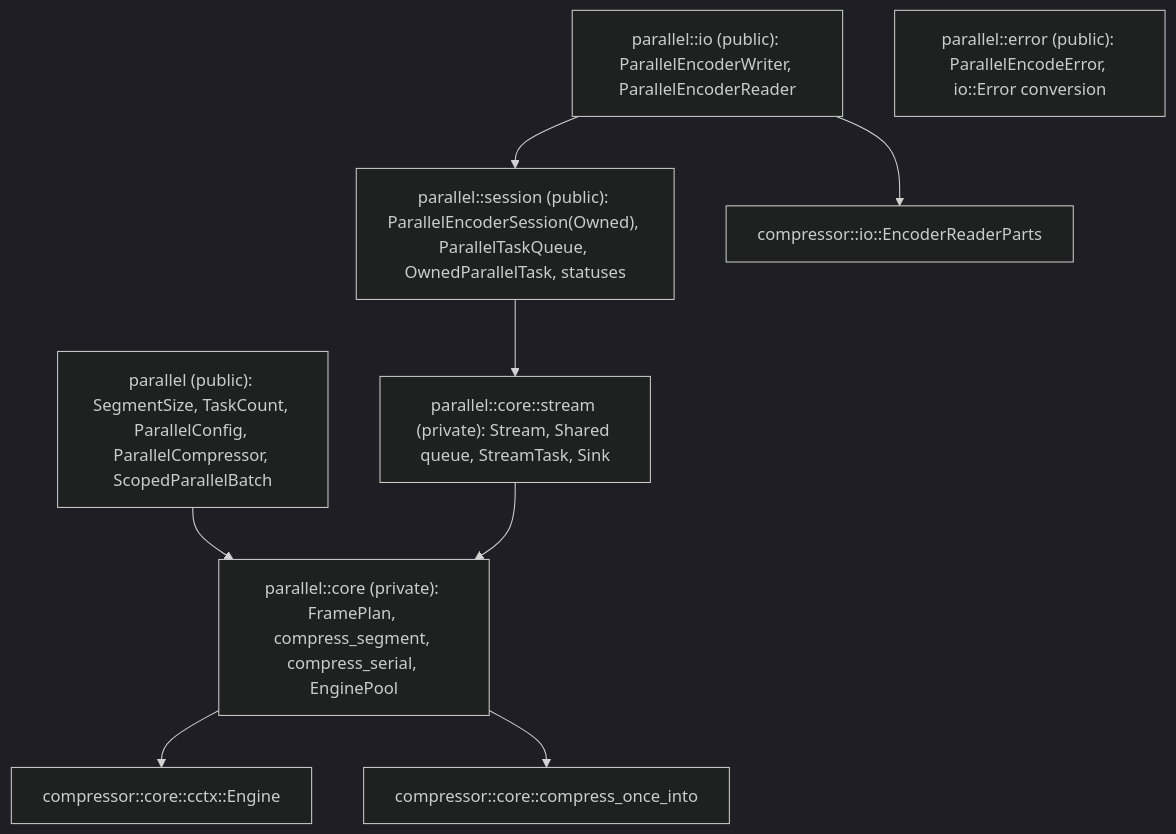
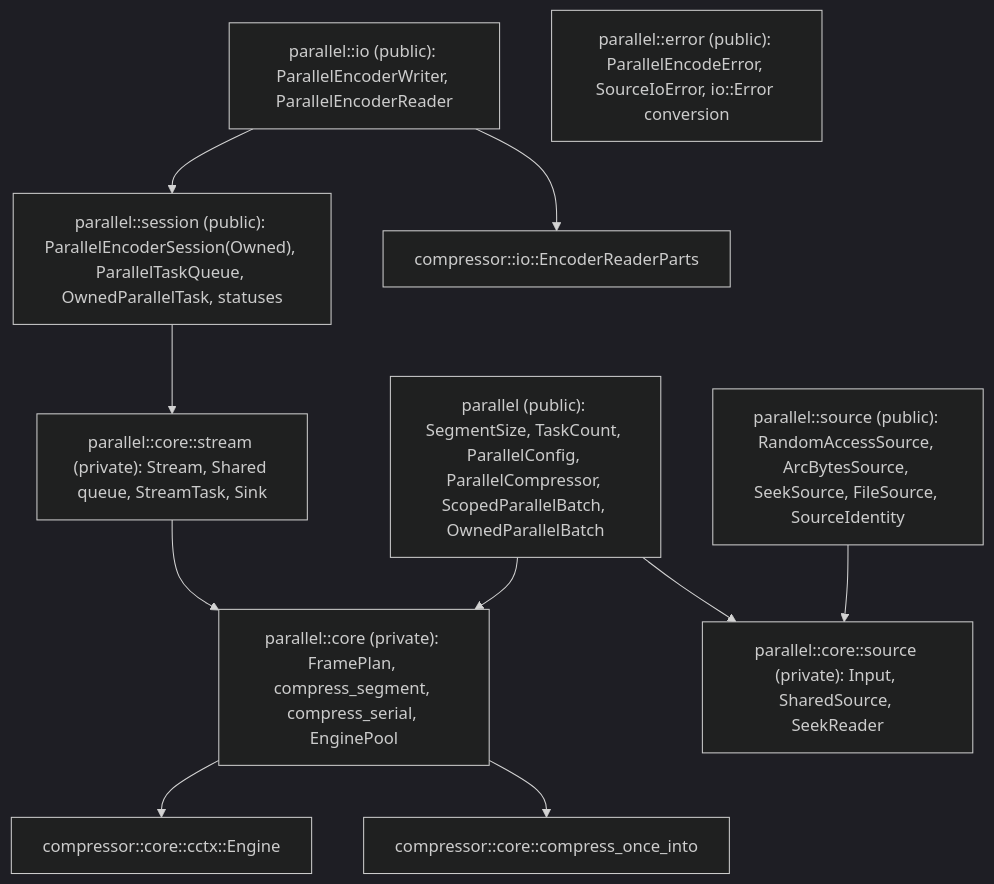
The first of 10 diagrams in architecture/parallel-compression.md (M-Compressors/mzstd), drawn with Mermaid (dark theme) before and after one commit. The commit also changed other lines of this file and 13 other files, not shown here.

````diff
--- a/architecture/parallel-compression.md
+++ b/architecture/parallel-compression.md
@@ -13,11 +13,13 @@
 ```mermaid
 graph TD
-    Public["parallel (public): SegmentSize, TaskCount, ParallelConfig, ParallelCompressor, ScopedParallelBatch"] --> PCore["parallel::core (private): FramePlan, compress_segment, compress_serial, EnginePool"]
+    Public["parallel (public): SegmentSize, TaskCount, ParallelConfig, ParallelCompressor, ScopedParallelBatch, OwnedParallelBatch"] --> PCore["parallel::core (private): FramePlan, compress_segment, compress_serial, EnginePool"]
+    Source["parallel::source (public): RandomAccessSource, ArcBytesSource, SeekSource, FileSource, SourceIdentity"] --> PSource["parallel::core::source (private): Input, SharedSource, SeekReader"]
+    Public --> PSource
     Session["parallel::session (public): ParallelEncoderSession(Owned), ParallelTaskQueue, OwnedParallelTask, statuses"] --> Stream["parallel::core::stream (private): Stream, Shared queue, StreamTask, Sink"]
     IO["parallel::io (public): ParallelEncoderWriter, ParallelEncoderReader"] --> Session
-    Error["parallel::error (public): ParallelEncodeError, io::Error conversion"]
+    Error["parallel::error (public): ParallelEncodeError, SourceIoError, io::Error conversion"]
     Stream --> PCore
     PCore --> Engine[compressor::core::cctx::Engine]
     PCore --> Serial[compressor::core::compress_once_into]
     IO --> Parts["compressor::io::EncoderReaderParts"]
 ```
````
